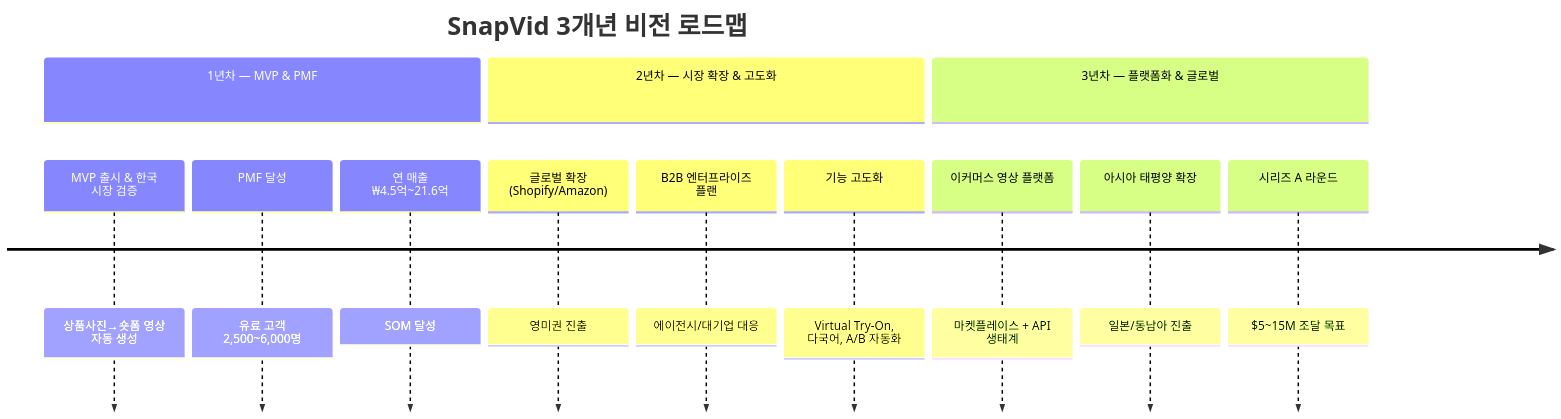
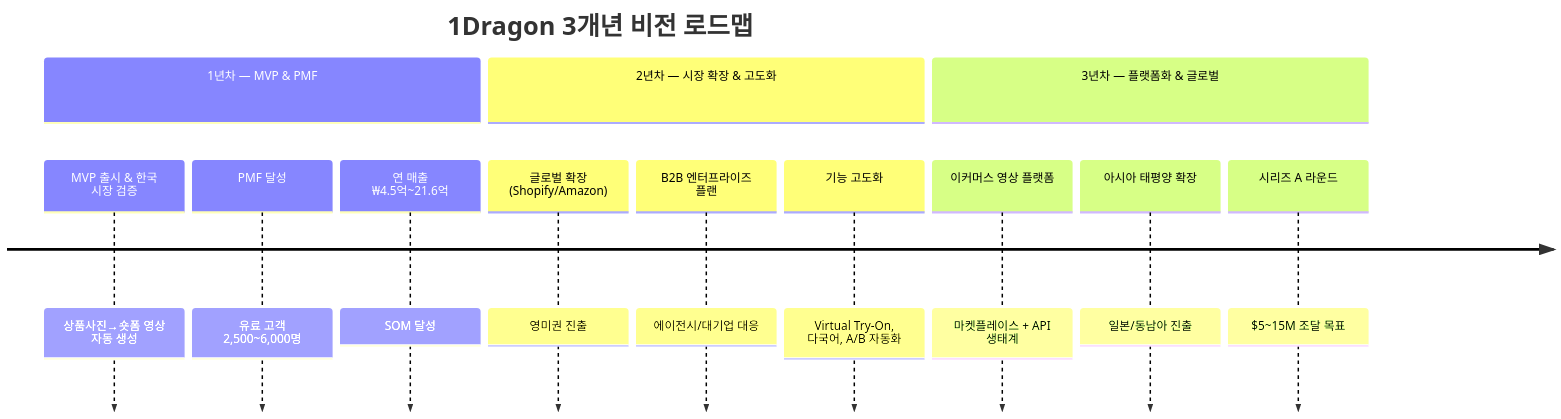
The first of 5 diagrams in docs/02-strategy/VISION.md (inchan/1dragon), drawn with Mermaid before and after one commit. The commit also changed other lines of this file and 182 other files, not shown here.

````diff
--- a/docs/02-strategy/VISION.md
+++ b/docs/02-strategy/VISION.md
@@ -20,16 +20,16 @@
 ```mermaid
 timeline
-    title SnapVid 3개년 비전 로드맵
+    title 1Dragon 3개년 비전 로드맵
     section 1년차 — MVP & PMF
         MVP 출시 & 한국 시장 검증 : 상품사진→숏폼 영상 자동 생성
         PMF 달성 : 유료 고객 2,500~6,000명
         연 매출 ₩4.5억~21.6억 : SOM 달성
     section 2년차 — 시장 확장 & 고도화
         글로벌 확장 (Shopify/Amazon) : 영미권 진출
         B2B 엔터프라이즈 플랜 : 에이전시/대기업 대응
         기능 고도화 : Virtual Try-On, 다국어, A/B 자동화
     section 3년차 — 플랫폼화 & 글로벌
         이커머스 영상 플랫폼 : 마켓플레이스 + API 생태계
         아시아 태평양 확장 : 일본/동남아 진출
         시리즈 A 라운드 : $5~15M 조달 목표
 ```
````
